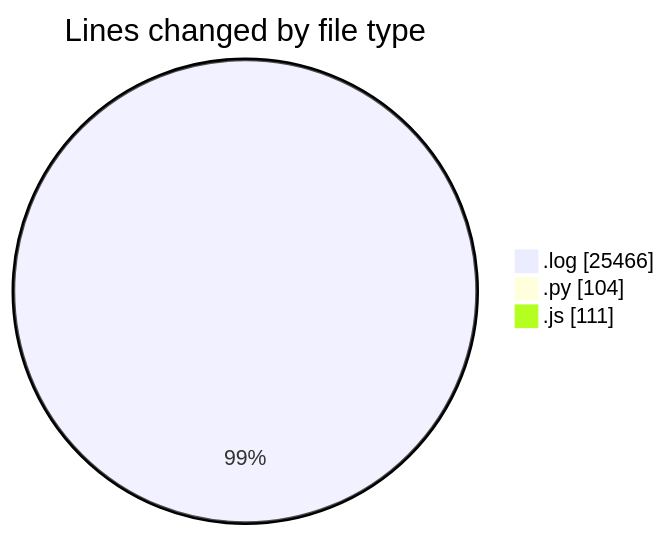
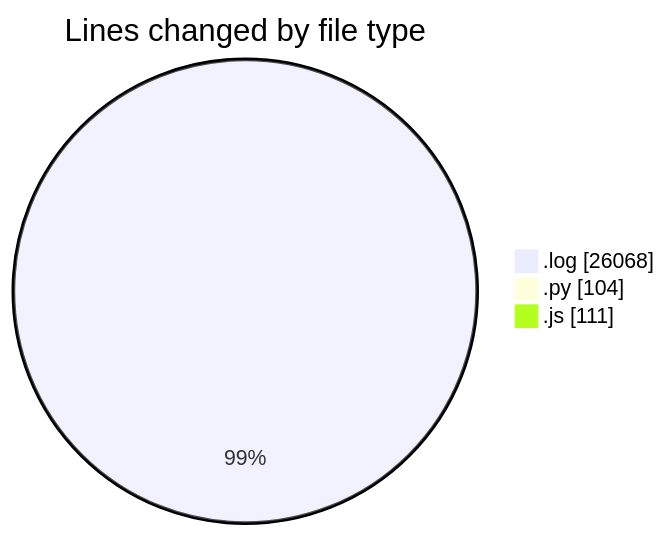
Before and after one commit to nxtqubesakshisongat/code-tracking: the first of 2 diagrams in 2025-04-10/nxtqube_webapp/README.md, drawn with Mermaid. The commit also changed other lines of this file and 1 other file, not shown here.

````diff
--- a/2025-04-10/nxtqube_webapp/README.md
+++ b/2025-04-10/nxtqube_webapp/README.md
@@ -22,7 +22,7 @@
 ```mermaid
 pie showData
 title Lines changed by file type
-".log" : 25466
+".log" : 26068
 ".py" : 104
 ".js" : 111
 ```
````
